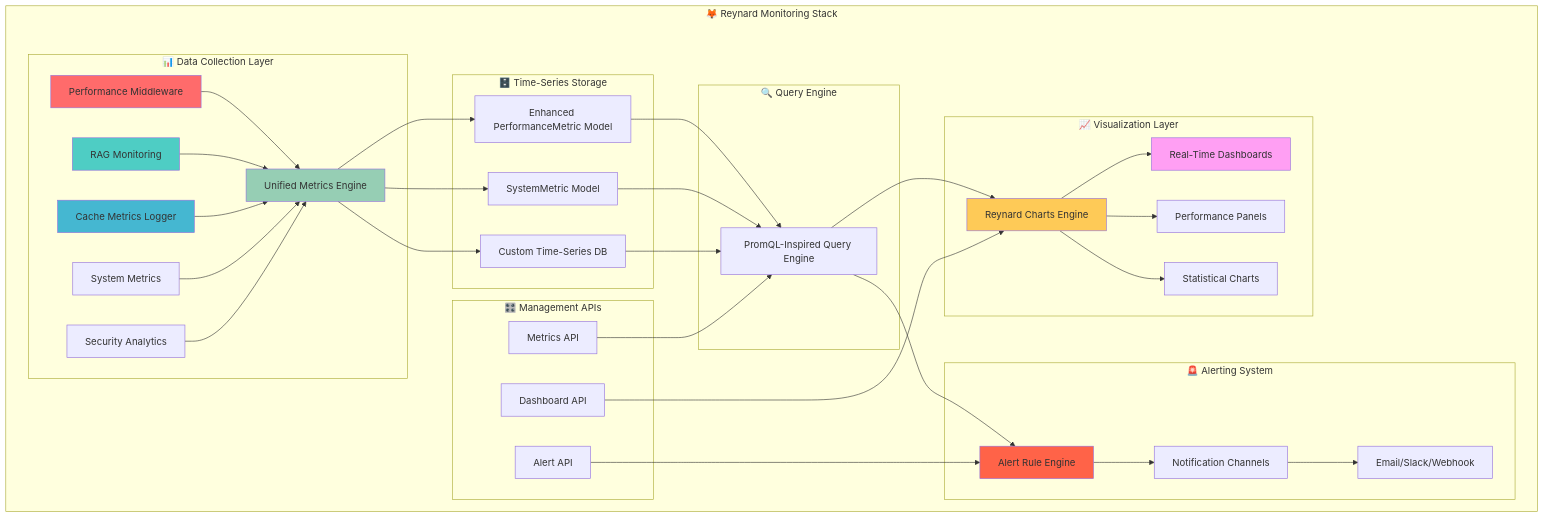
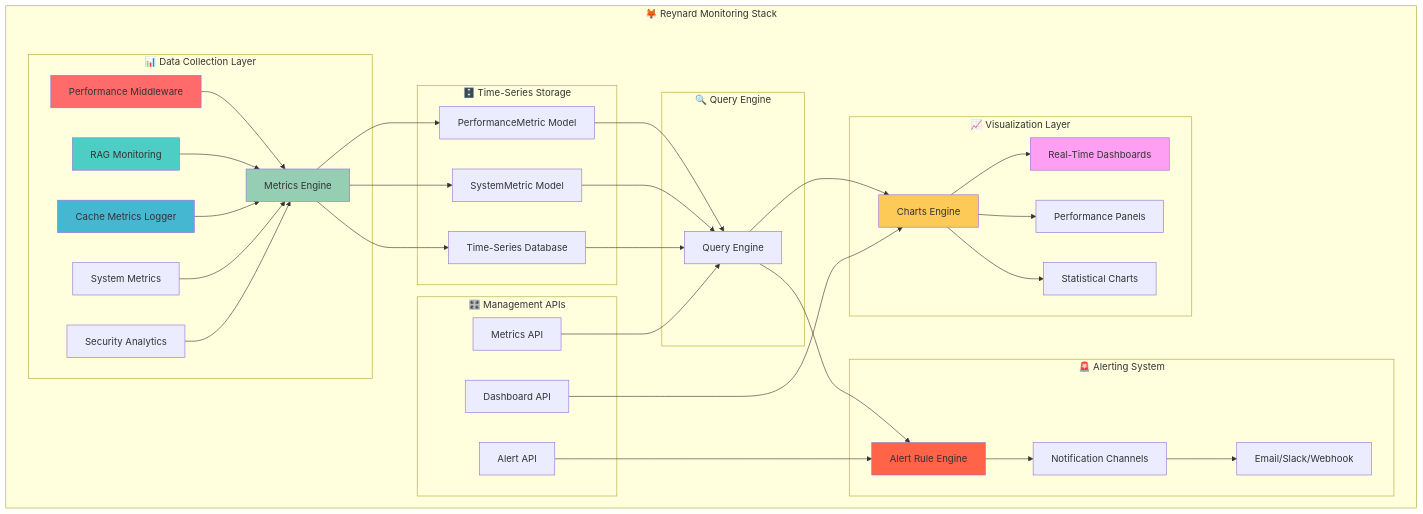
Before and after one commit to rakki194/reynard: the first of 11 diagrams in .cursor/todos/METRICS_TODO.md, drawn with Mermaid. The commit also changed other lines of this file and 541 other files, not shown here.

````diff
--- a/.cursor/todos/METRICS_TODO.md
+++ b/.cursor/todos/METRICS_TODO.md
@@ -62,51 +104,51 @@
 ```mermaid
 graph TB
     subgraph "🦊 Reynard Monitoring Stack"
         subgraph "📊 Data Collection Layer"
-            A[Performance Middleware] --> D[Unified Metrics Engine]
+            A[Performance Middleware] --> D[Metrics Engine]
             B[RAG Monitoring] --> D
             C[Cache Metrics Logger] --> D
             E[System Metrics] --> D
             F[Security Analytics] --> D
         end
 
         subgraph "🗄️ Time-Series Storage"
-            D --> G[Enhanced PerformanceMetric Model]
+            D --> G[PerformanceMetric Model]
             D --> H[SystemMetric Model]
-            D --> I[Custom Time-Series DB]
+            D --> I[Time-Series Database]
         end
 
         subgraph "🔍 Query Engine"
-            G --> J[PromQL-Inspired Query Engine]
+            G --> J[Query Engine]
             H --> J
             I --> J
         end
 
         subgraph "📈 Visualization Layer"
-            J --> K[Reynard Charts Engine]
+            J --> K[Charts Engine]
             K --> L[Real-Time Dashboards]
             K --> M[Performance Panels]
             K --> N[Statistical Charts]
         end
 
         subgraph "🚨 Alerting System"
             J --> O[Alert Rule Engine]
             O --> P[Notification Channels]
             P --> Q[Email/Slack/Webhook]
         end
 
         subgraph "🎛️ Management APIs"
             R[Dashboard API] --> K
             S[Metrics API] --> J
             T[Alert API] --> O
         end
     end
 
     style A fill:#ff6b6b
     style B fill:#4ecdc4
     style C fill:#45b7d1
     style D fill:#96ceb4
     style K fill:#feca57
     style L fill:#ff9ff3
     style O fill:#ff6348
 ```
````
